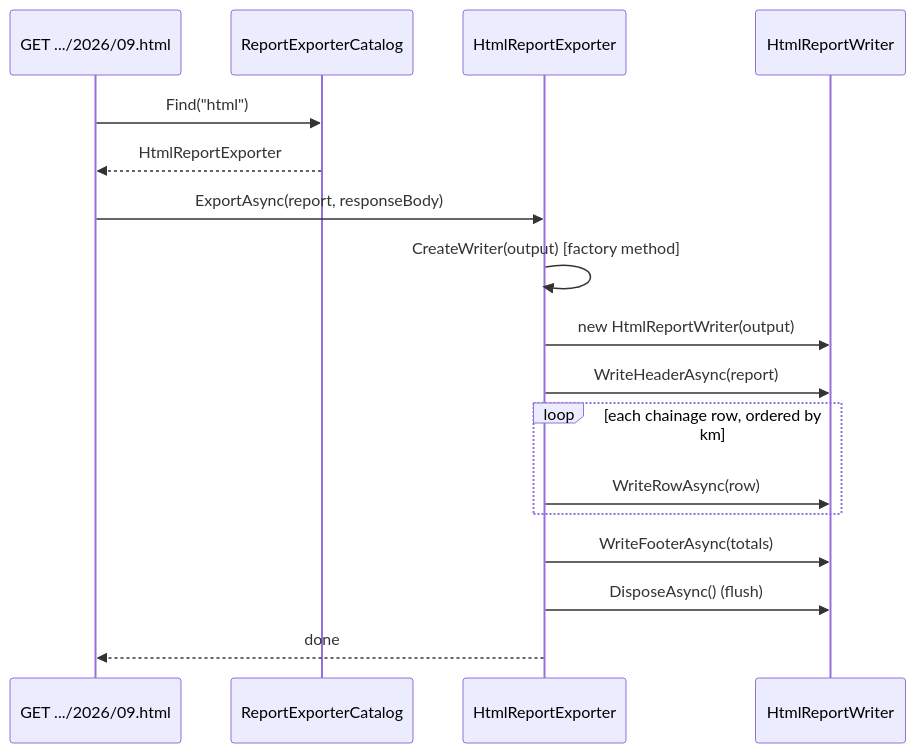
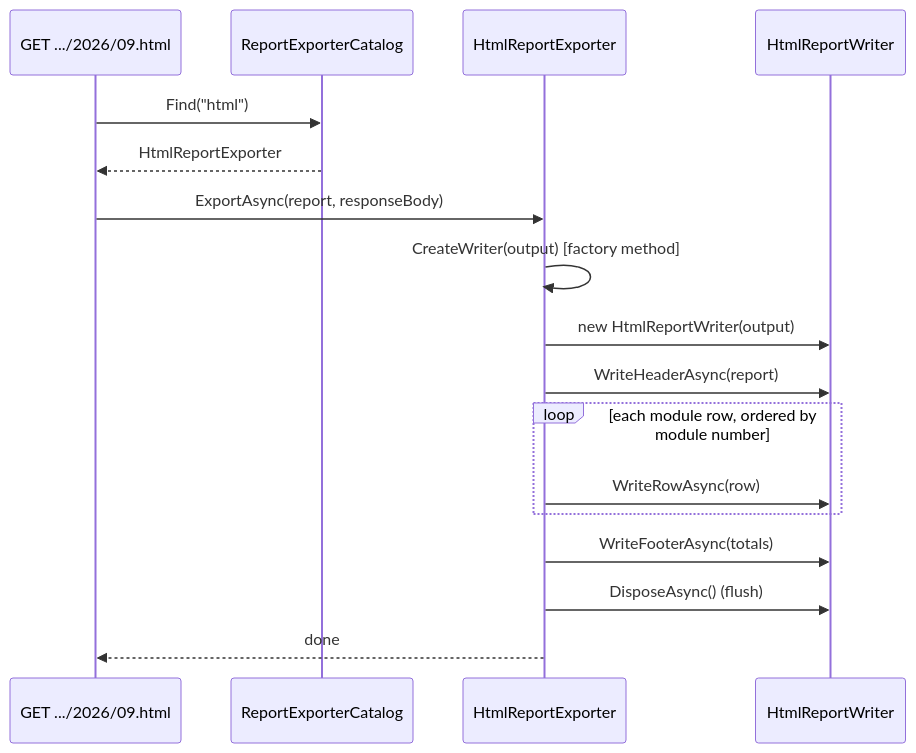
One commit to rizwi0786/system-design-lab changed the second of 3 diagrams in content/lessons/m06/m06-factory-method.md. Above: the diagram before and after it, drawn with Mermaid. The commit also changed other lines of this file and 334 other files, not shown here.

````diff
--- a/content/lessons/m06/m06-factory-method.md
+++ b/content/lessons/m06/m06-factory-method.md
@@ -201,19 +201,19 @@
 ```mermaid
 sequenceDiagram
     participant API as GET .../2026/09.html
     participant Cat as ReportExporterCatalog
     participant E as HtmlReportExporter
     participant W as HtmlReportWriter
     API->>Cat: Find("html")
     Cat-->>API: HtmlReportExporter
     API->>E: ExportAsync(report, responseBody)
     E->>E: CreateWriter(output)  [factory method]
     E->>W: new HtmlReportWriter(output)
     E->>W: WriteHeaderAsync(report)
-    loop each chainage row, ordered by km
+    loop each module row, ordered by module number
         E->>W: WriteRowAsync(row)
     end
     E->>W: WriteFooterAsync(totals)
     E->>W: DisposeAsync() (flush)
     E-->>API: done
 ```
````
